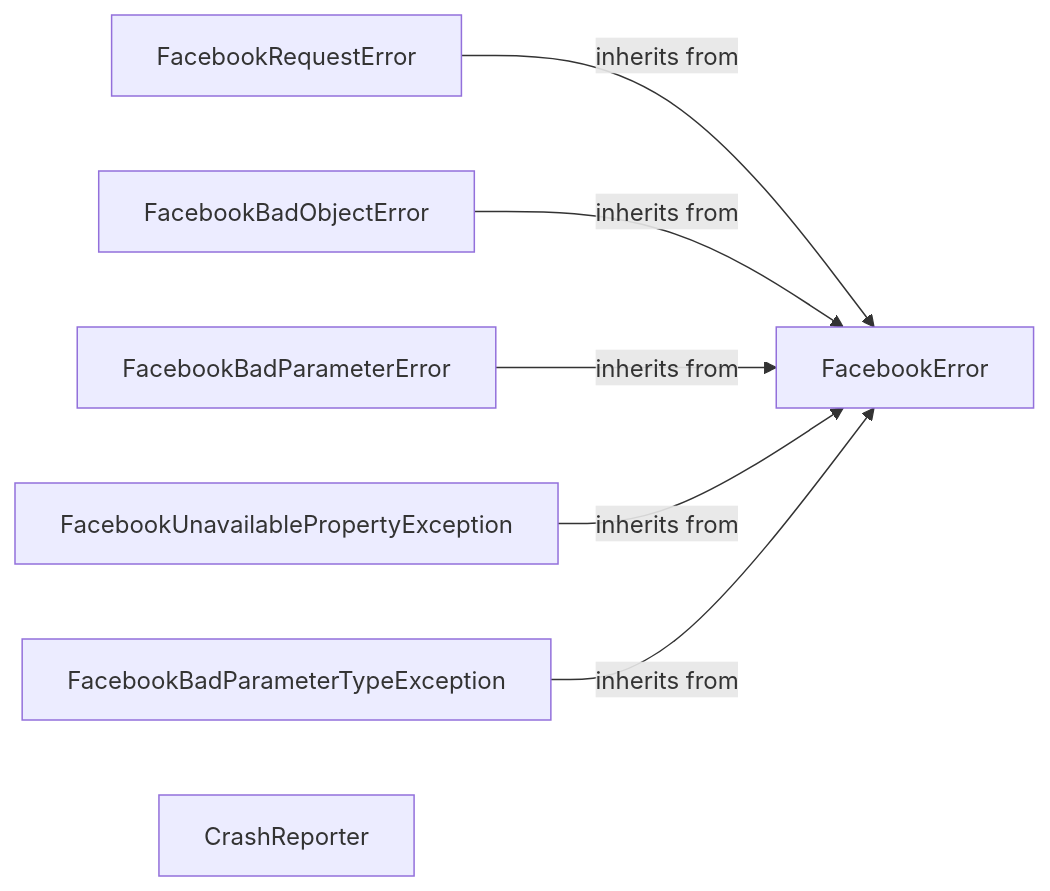
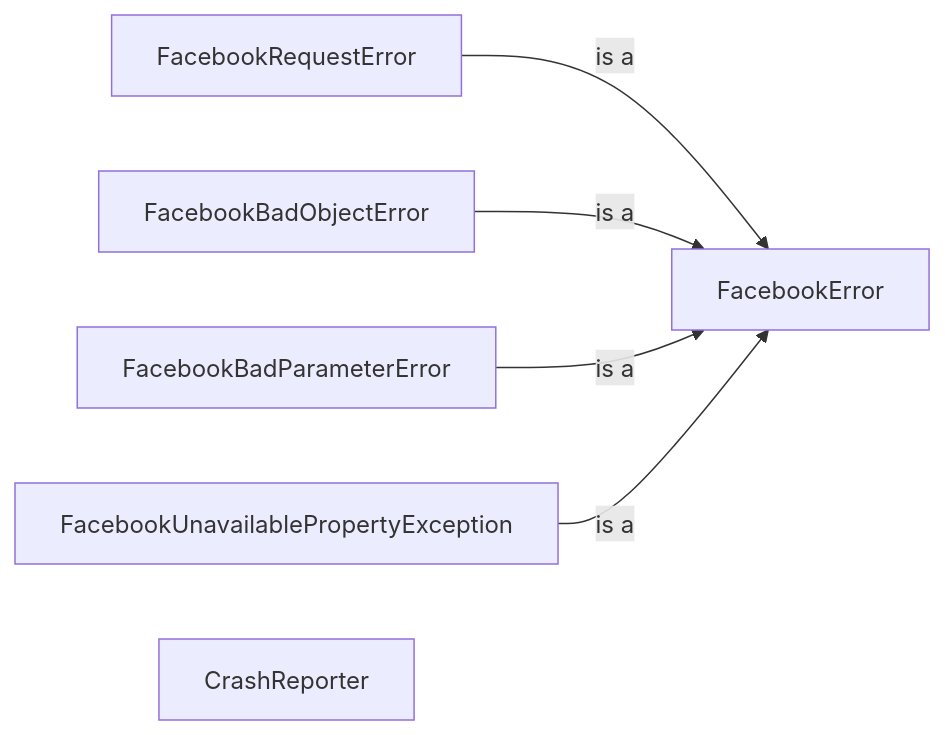
One commit to CodeBoarding/GeneratedOnBoardings changed the diagram in facebook-python-business-sdk/Error Handling and Reporting.md. Above: the diagram before and after it, drawn with Mermaid. The commit also changed other lines of this file and 4 other files, not shown here.

````diff
--- a/facebook-python-business-sdk/Error Handling and Reporting.md
+++ b/facebook-python-business-sdk/Error Handling and Reporting.md
@@ -1,15 +1,13 @@
 ```mermaid
 graph LR
     FacebookError["FacebookError"]
     FacebookRequestError["FacebookRequestError"]
     FacebookBadObjectError["FacebookBadObjectError"]
     FacebookBadParameterError["FacebookBadParameterError"]
     FacebookUnavailablePropertyException["FacebookUnavailablePropertyException"]
-    FacebookBadParameterTypeException["FacebookBadParameterTypeException"]
     CrashReporter["CrashReporter"]
-    FacebookRequestError -- "inherits from" --> FacebookError
-    FacebookBadObjectError -- "inherits from" --> FacebookError
-    FacebookBadParameterError -- "inherits from" --> FacebookError
-    FacebookUnavailablePropertyException -- "inherits from" --> FacebookError
-    FacebookBadParameterTypeException -- "inherits from" --> FacebookError
+    FacebookRequestError -- "is a" --> FacebookError
+    FacebookBadObjectError -- "is a" --> FacebookError
+    FacebookBadParameterError -- "is a" --> FacebookError
+    FacebookUnavailablePropertyException -- "is a" --> FacebookError
 ```
````
